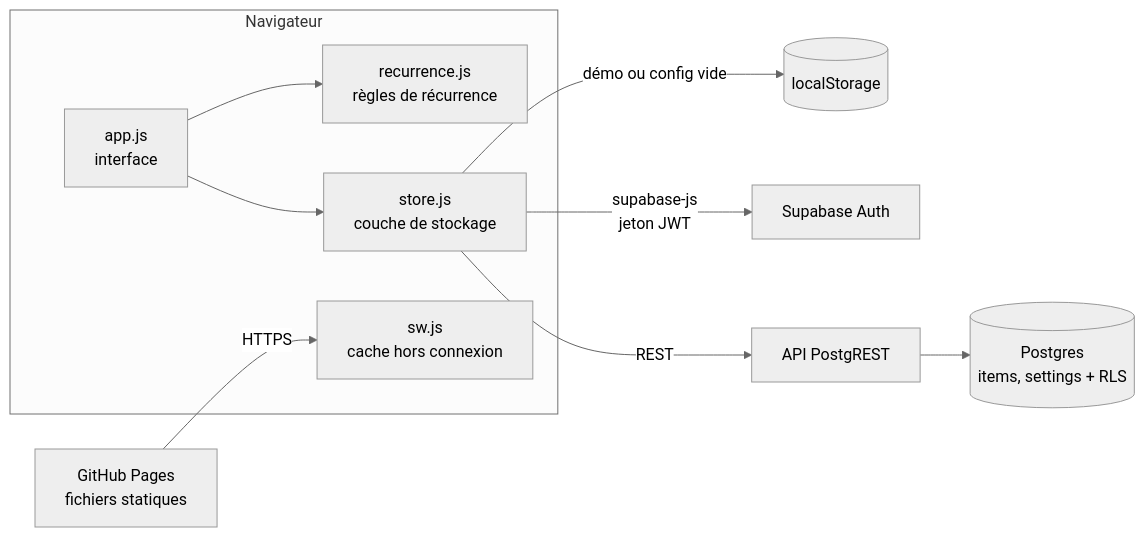
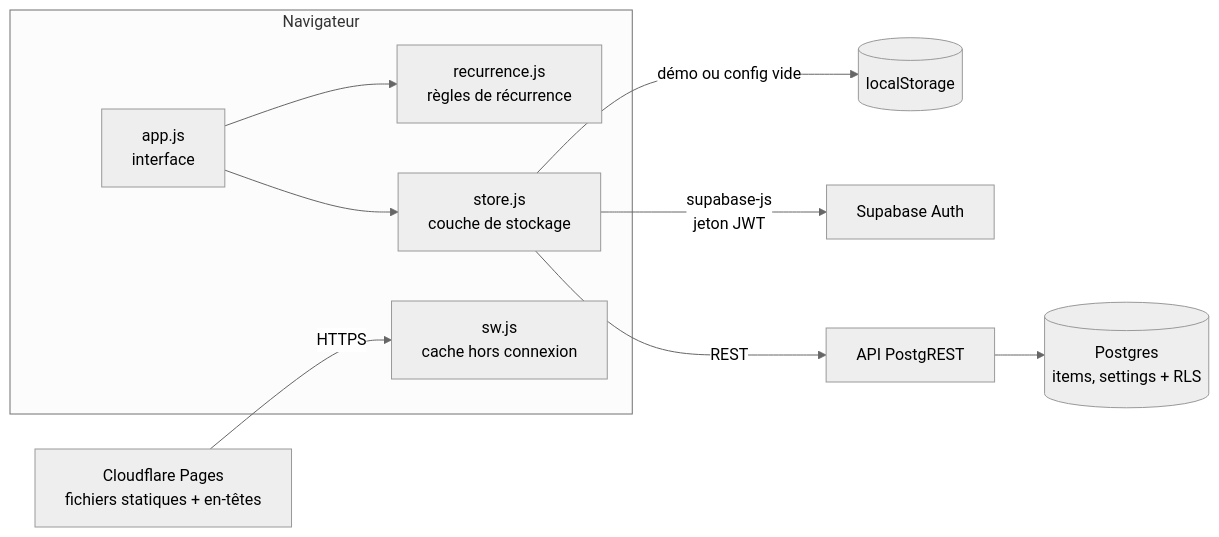
Before and after one commit to CadGeff/Planning: the diagram in README.md, drawn with Mermaid (neutral theme). The commit also changed other lines of this file and 2 other files, not shown here.

Commit message:
CSP resserrée, README pointe vers Cloudflare Pages

````diff
--- a/README.md
+++ b/README.md
@@ -52,13 +52,13 @@
 ```mermaid
 flowchart LR
     subgraph Navigateur
         UI["app.js<br/>interface"] --> REC["recurrence.js<br/>règles de récurrence"]
         UI --> ST["store.js<br/>couche de stockage"]
         SW["sw.js<br/>cache hors connexion"]
     end
-    GH["GitHub Pages<br/>fichiers statiques"] -->|HTTPS| SW
+    CF["Cloudflare Pages<br/>fichiers statiques + en-têtes"] -->|HTTPS| SW
     ST -->|"démo ou config vide"| LS[("localStorage")]
     ST -->|"supabase-js<br/>jeton JWT"| AUTH["Supabase Auth"]
     ST -->|REST| API["API PostgREST"]
     API --> PG[("Postgres<br/>items, settings + RLS")]
 ```
````
